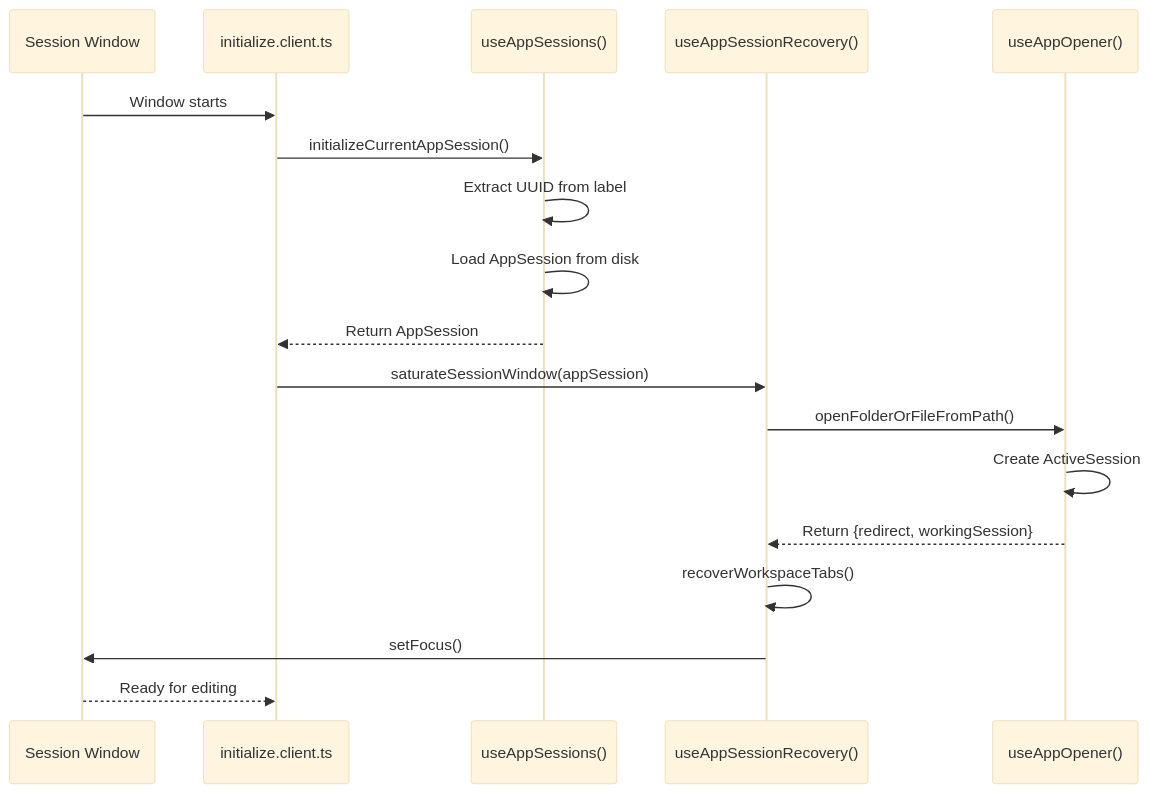
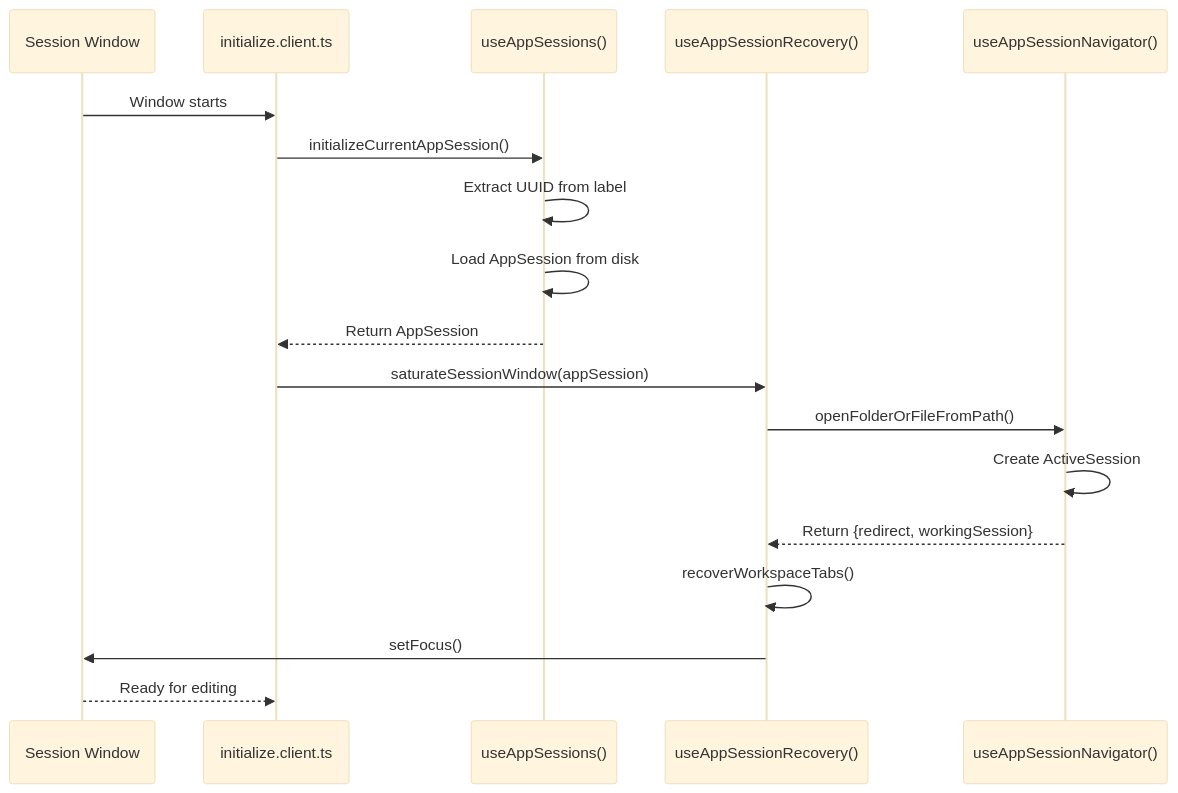
One commit to CTRL-Neo-Studios/vertex changed the fourth of 4 diagrams in Concepts and Structures.md. Above: the diagram before and after it, drawn with Mermaid (base theme). The commit also changed other lines of this file and 3 other files, not shown here.

Commit message:
chore: renamed composable from useAppOpener to useAppSessionNavigator for better functional naming

````diff
--- a/Concepts and Structures.md
+++ b/Concepts and Structures.md
@@ -383,23 +383,23 @@
 ```mermaid
 sequenceDiagram
     participant Win as Session Window
     participant Plugin as initialize.client.ts
     participant Sessions as useAppSessions()
     participant Recovery as useAppSessionRecovery()
-    participant Opener as useAppOpener()
+    participant Opener as useAppSessionNavigator()
 
     Win->>Plugin: Window starts
     Plugin->>Sessions: initializeCurrentAppSession()
     Sessions->>Sessions: Extract UUID from label
     Sessions->>Sessions: Load AppSession from disk
     Sessions-->>Plugin: Return AppSession
     
     Plugin->>Recovery: saturateSessionWindow(appSession)
     Recovery->>Opener: openFolderOrFileFromPath()
     Opener->>Opener: Create ActiveSession
     Opener-->>Recovery: Return {redirect, workingSession}
     
     Recovery->>Recovery: recoverWorkspaceTabs()
     Recovery->>Win: setFocus()
     Win-->>Plugin: Ready for editing
 ```
````
